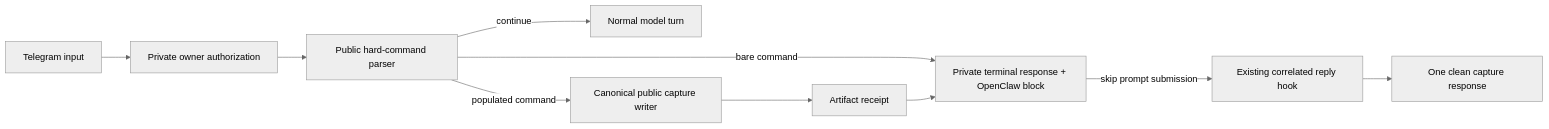
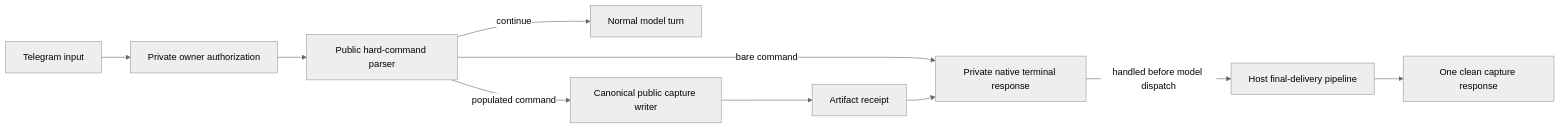
The diagram in docs/plans/2026-08-25-1122-fix-hard-capture-disposition-plan.md (levineam/jarvOS), drawn with Mermaid (neutral theme) before and after one commit. The commit also changed other lines of this file and 2 other files, not shown here.

Commit message:
docs(secondbrain): define hard-capture host ownership

````diff
--- a/docs/plans/2026-08-25-1122-fix-hard-capture-disposition-plan.md
+++ b/docs/plans/2026-08-25-1122-fix-hard-capture-disposition-plan.md
@@ -106,12 +111,12 @@
 ```mermaid
 flowchart LR
     T[Telegram input] --> A[Private owner authorization]
     A --> P[Public hard-command parser]
     P -->|continue| M[Normal model turn]
     P -->|bare command| B
     P -->|populated command| W[Canonical public capture writer]
     W --> R[Artifact receipt]
-    R --> B[Private terminal response + OpenClaw block]
-    B -->|skip prompt submission| H[Existing correlated reply hook]
+    R --> B[Private native terminal response]
+    B -->|handled before model dispatch| H[Host final-delivery pipeline]
     H --> C[One clean capture response]
 ```
````
